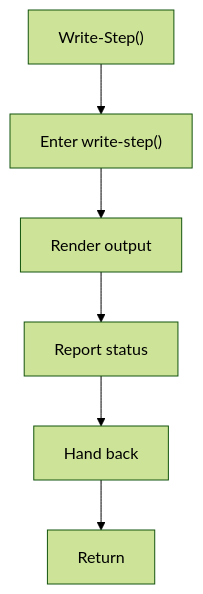
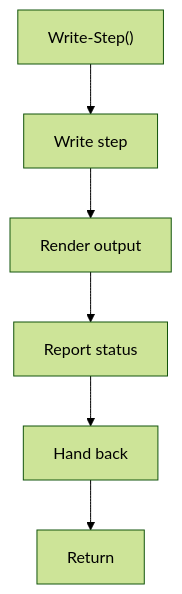
Before and after one commit to JohnAndrewBalbarosa/NeoTerritory: the diagram in docs/Codebase/Infrastructure/session-orchestration/bootstrap_and_deploy/functions/write_step.ps1.md, drawn with Mermaid (forest theme). The commit also changed other lines of this file and 915 other files, not shown here.

````diff
--- a/docs/Codebase/Infrastructure/session-orchestration/bootstrap_and_deploy/functions/write_step.ps1.md
+++ b/docs/Codebase/Infrastructure/session-orchestration/bootstrap_and_deploy/functions/write_step.ps1.md
@@ -16,14 +16,14 @@
 ```mermaid
 flowchart TD
     Start["Write-Step()"]
-    N0["Enter write-step()"]
+    N0["Write step"]
     N1["Render output"]
     N2["Report status"]
     N3["Hand back"]
     End["Return"]
     Start --> N0
     N0 --> N1
     N1 --> N2
     N2 --> N3
     N3 --> End
 ```
````
